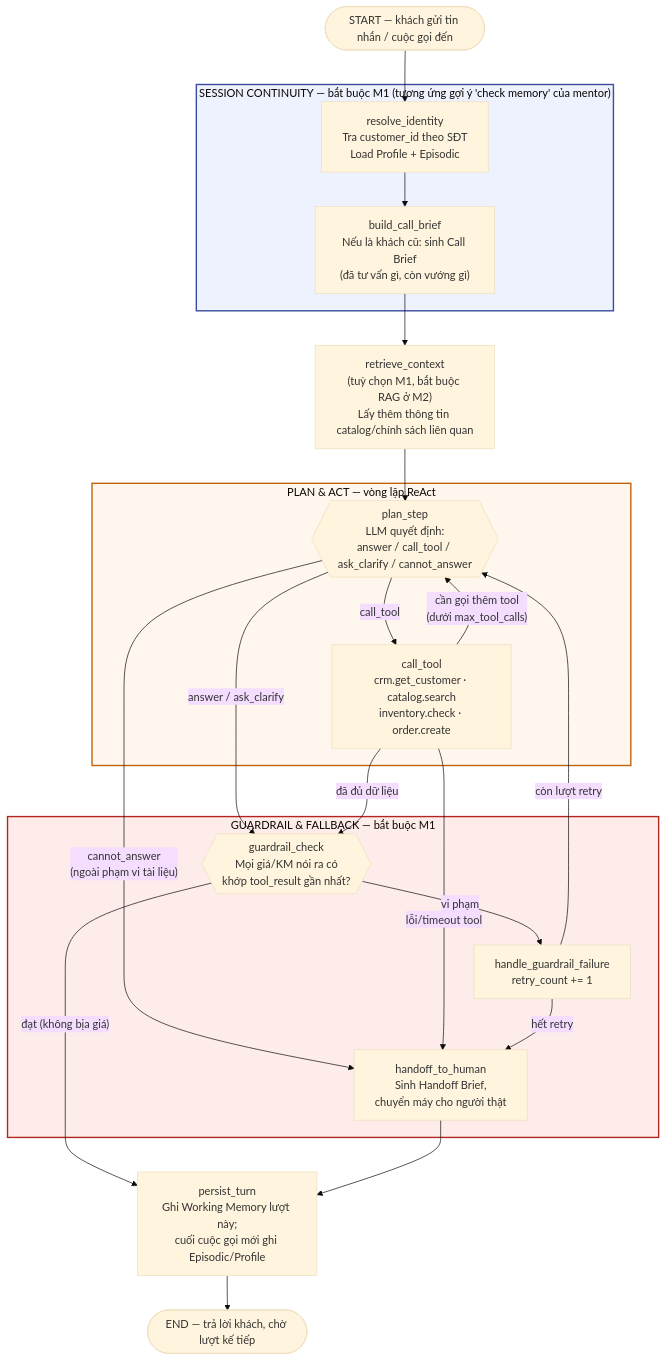
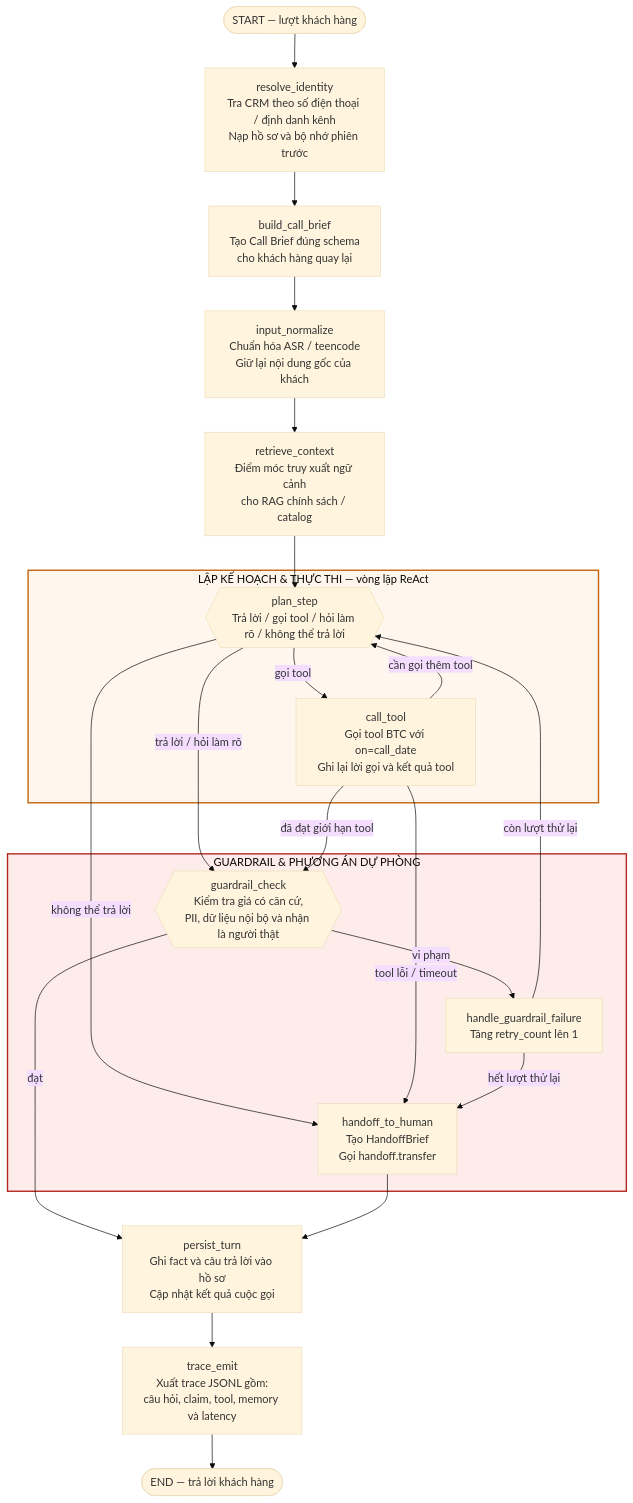
Before and after one commit to tuannvhust/SC2026: the diagram in langgraph_agent/README.md, drawn with Mermaid (base theme). The commit also changed other lines of this file and 9 other files, not shown here.

````diff
--- a/langgraph_agent/README.md
+++ b/langgraph_agent/README.md
@@ -28,48 +28,44 @@
 ```mermaid
 flowchart TD
-    START(["START — khách gửi tin nhắn / cuộc gọi đến"])
+    START(["START — lượt khách hàng"])
 
-    subgraph SC["SESSION CONTINUITY — bắt buộc M1 (tương ứng gợi ý 'check memory' của mentor)"]
-        A["resolve_identity<br/>Tra customer_id theo SĐT<br/>Load Profile + Episodic"]
-        B["build_call_brief<br/>Nếu là khách cũ: sinh Call Brief<br/>(đã tư vấn gì, còn vướng gì)"]
+    A["resolve_identity<br/>Tra CRM theo số điện thoại / định danh kênh<br/>Nạp hồ sơ và bộ nhớ phiên trước"]
+    B["build_call_brief<br/>Tạo Call Brief đúng schema<br/>cho khách hàng quay lại"]
+    C["input_normalize<br/>Chuẩn hóa ASR / teencode<br/>Giữ lại nội dung gốc của khách"]
+    D["retrieve_context<br/>Điểm móc truy xuất ngữ cảnh<br/>cho RAG chính sách / catalog"]
+
+    subgraph PA["LẬP KẾ HOẠCH & THỰC THI — vòng lặp ReAct"]
+        E{{"plan_step<br/>Trả lời / gọi tool / hỏi làm rõ / không thể trả lời"}}
+        F["call_tool<br/>Gọi tool BTC với on=call_date<br/>Ghi lại lời gọi và kết quả tool"]
     end
 
-    C["retrieve_context<br/>(tuỳ chọn M1, bắt buộc RAG ở M2)<br/>Lấy thêm thông tin catalog/chính sách liên quan"]
-
-    subgraph PA["PLAN & ACT — vòng lặp ReAct"]
-        D{{"plan_step<br/>LLM quyết định:<br/>answer / call_tool / ask_clarify / cannot_answer"}}
-        E["call_tool<br/>crm.get_customer · catalog.search<br/>inventory.check · order.create"]
+    subgraph GF["GUARDRAIL & PHƯƠNG ÁN DỰ PHÒNG"]
+        G{{"guardrail_check<br/>Kiểm tra giá có căn cứ,<br/>PII, dữ liệu nội bộ và nhận là người thật"}}
+        H["handle_guardrail_failure<br/>Tăng retry_count lên 1"]
+        I["handoff_to_human<br/>Tạo HandoffBrief<br/>Gọi handoff.transfer"]
     end
 
-    subgraph GF["GUARDRAIL & FALLBACK — bắt buộc M1"]
-        F{{"guardrail_check<br/>Mọi giá/KM nói ra có<br/>khớp tool_result gần nhất?"}}
-        G["handle_guardrail_failure<br/>retry_count += 1"]
-        H["handoff_to_human<br/>Sinh Handoff Brief,<br/>chuyển máy cho người thật"]
-    end
+    J["persist_turn<br/>Ghi fact và câu trả lời vào hồ sơ<br/>Cập nhật kết quả cuộc gọi"]
+    K["trace_emit<br/>Xuất trace JSONL gồm:<br/>câu hỏi, claim, tool, memory và latency"]
+    END(["END — trả lời khách hàng"])
 
-    I["persist_turn<br/>Ghi Working Memory lượt này;<br/>cuối cuộc gọi mới ghi Episodic/Profile"]
-    END(["END — trả lời khách, chờ lượt kế tiếp"])
+    START --> A --> B --> C --> D --> E
 
-    START --> A --> B --> C --> D
+    E -- "gọi tool" --> F
+    E -- "trả lời / hỏi làm rõ" --> G
+    E -- "không thể trả lời" --> I
 
-    D -- "cannot_answer<br/>(ngoài phạm vi tài liệu)" --> H
-    D -- "call_tool" --> E
-    D -- "answer / ask_clarify" --> F
+    F -- "tool lỗi / timeout" --> I
+    F -- "cần gọi thêm tool" --> E
+    F -- "đã đạt giới hạn tool" --> G
 
-    E -- "lỗi/timeout tool" --> H
-    E -- "đã đủ dữ liệu" --> F
-    E -- "cần gọi thêm tool<br/>(dưới max_tool_calls)" --> D
+    G -- "đạt" --> J
+    G -- "vi phạm" --> H
+    H -- "còn lượt thử lại" --> E
+    H -- "hết lượt thử lại" --> I
 
-    F -- "đạt (không bịa giá)" --> I
-    F -- "vi phạm" --> G
+    I --> J --> K --> END
 
-    G -- "còn lượt retry" --> D
-    G -- "hết retry" --> H
-
-    H --> I
-    I --> END
-
-    style SC fill:#eef2ff,stroke:#3b4a9e,stroke-width:2px
     style PA fill:#fff7ed,stroke:#c2620a,stroke-width:2px
     style GF fill:#fdecea,stroke:#b3261e,stroke-width:2px
 ```
````
